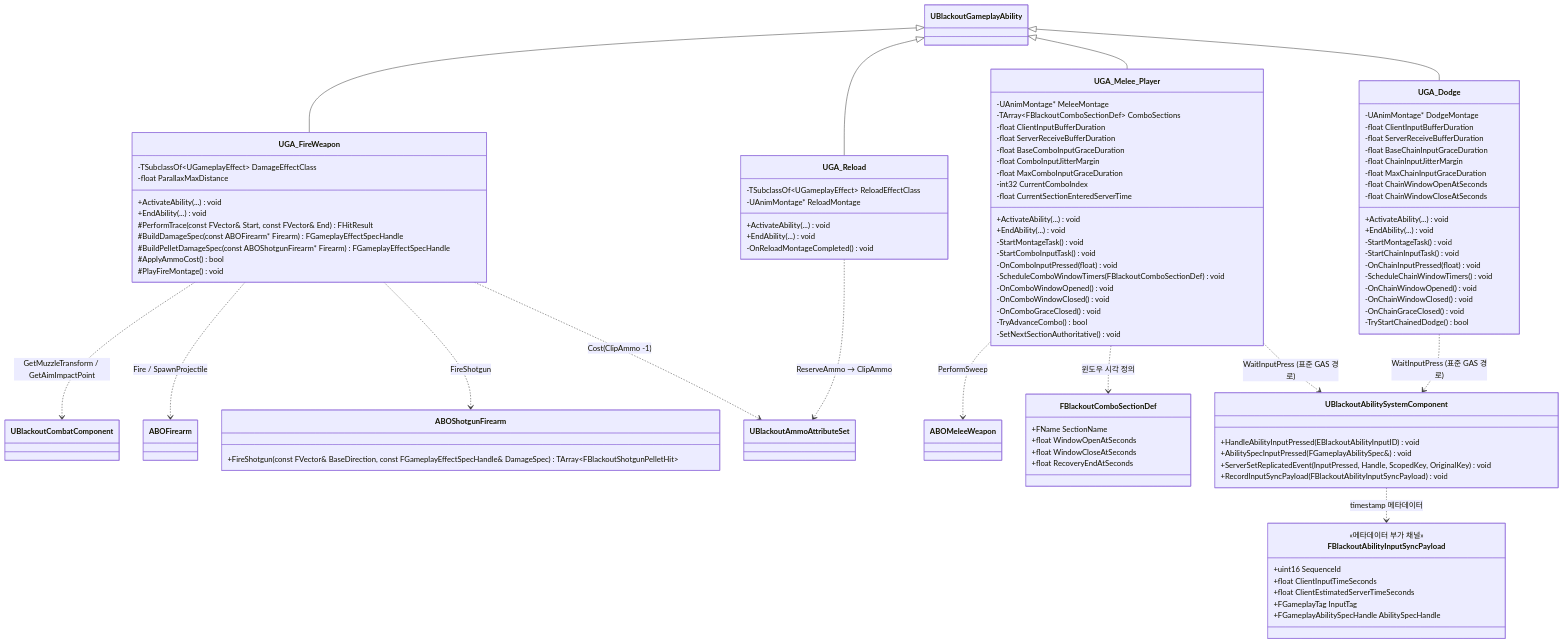
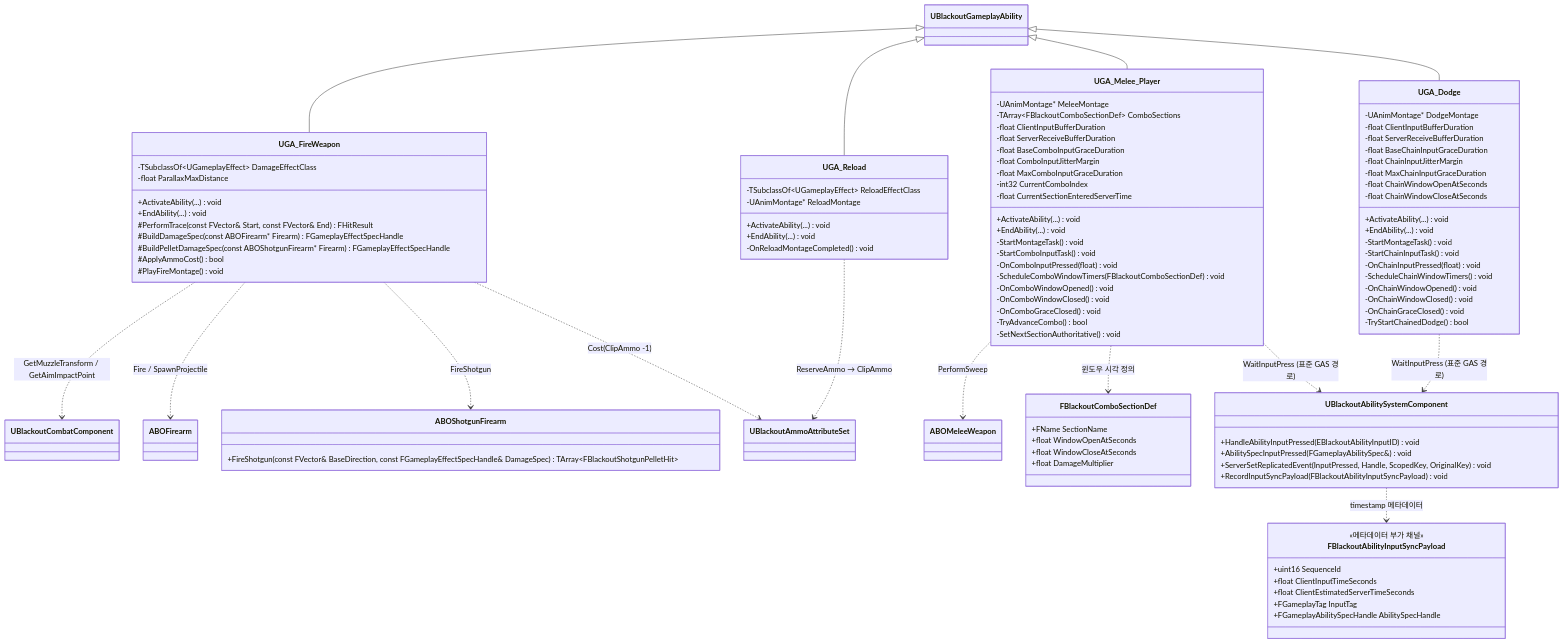
The diagram in Docs/Combat/04_Combat_Abilities.md (seongwon1579/ProjectBlackout), drawn with Mermaid before and after one commit. The commit also changed other lines of this file and 3 other files, not shown here.

```diff
--- a/Docs/Combat/04_Combat_Abilities.md
+++ b/Docs/Combat/04_Combat_Abilities.md
@@ -31,7 +31,7 @@
         +FName SectionName
         +float WindowOpenAtSeconds
         +float WindowCloseAtSeconds
-        +float RecoveryEndAtSeconds
+        +float DamageMultiplier
     }
 
     class ABOShotgunFirearm {
```
